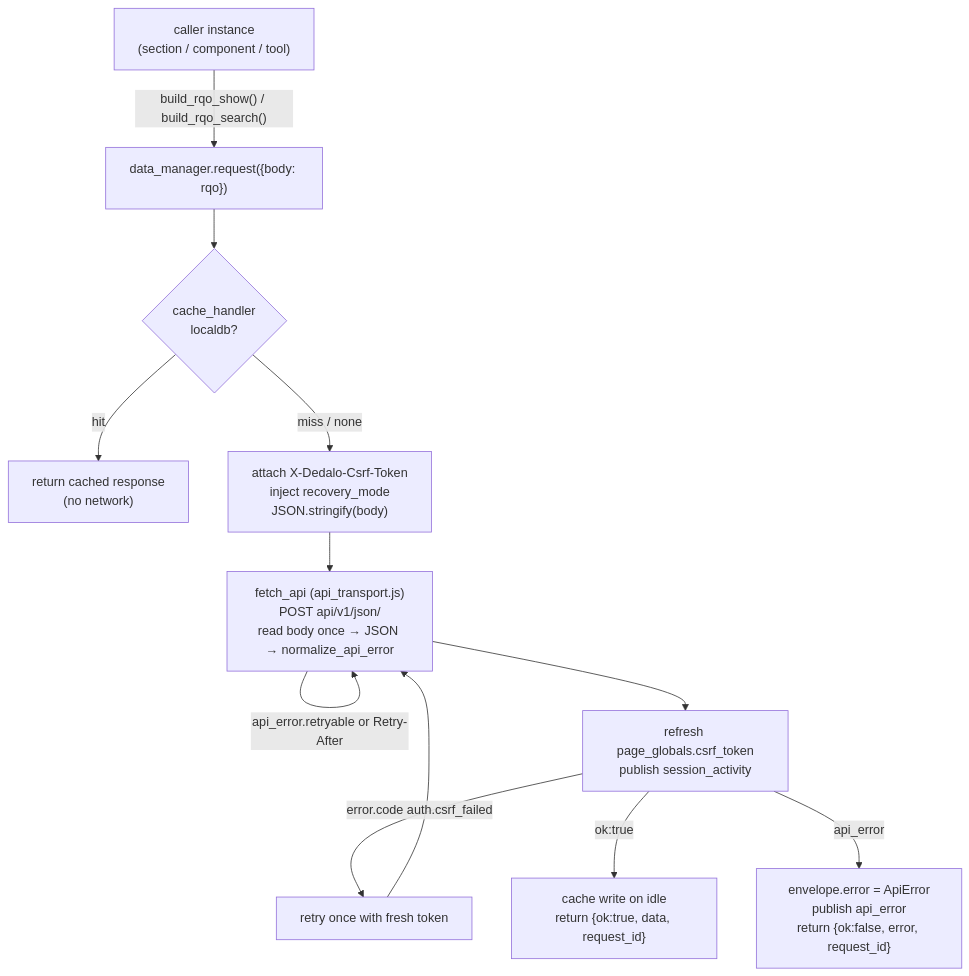
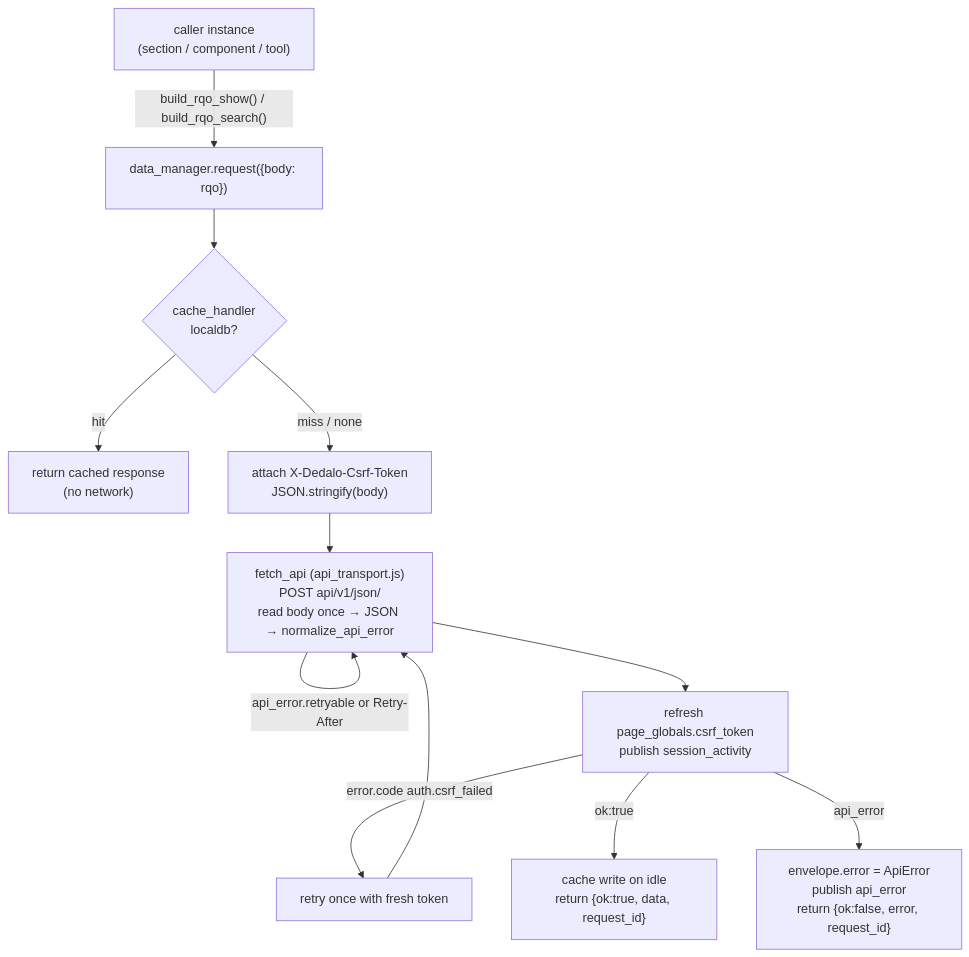
One commit to dedalia-org/dedalo changed the diagram in docs/core/client/data_manager.md. Above: the diagram before and after it, drawn with Mermaid. The commit also changed other lines of this file and 54 other files, not shown here.

````diff
--- a/docs/core/client/data_manager.md
+++ b/docs/core/client/data_manager.md
@@ -51,14 +51,14 @@
 ```mermaid
 flowchart TD
     A["caller instance<br/>(section / component / tool)"] -- "build_rqo_show() / build_rqo_search()" --> B["data_manager.request({body: rqo})"]
     B --> C{cache_handler<br/>localdb?}
     C -->|hit| H["return cached response<br/>(no network)"]
-    C -->|miss / none| D["attach X-Dedalo-Csrf-Token<br/>inject recovery_mode<br/>JSON.stringify(body)"]
+    C -->|miss / none| D["attach X-Dedalo-Csrf-Token<br/>JSON.stringify(body)"]
     D --> E["fetch_api (api_transport.js)<br/>POST api/v1/json/<br/>read body once → JSON → normalize_api_error"]
     E -->|"api_error.retryable or Retry-After"| E
     E --> F["refresh page_globals.csrf_token<br/>publish session_activity"]
     F -->|"error.code auth.csrf_failed"| R["retry once with fresh token"]
     R --> E
     F -->|"ok:true"| G["cache write on idle<br/>return {ok:true, data, request_id}"]
     F -->|"api_error"| X["envelope.error = ApiError<br/>publish api_error<br/>return {ok:false, error, request_id}"]
 ```
````
